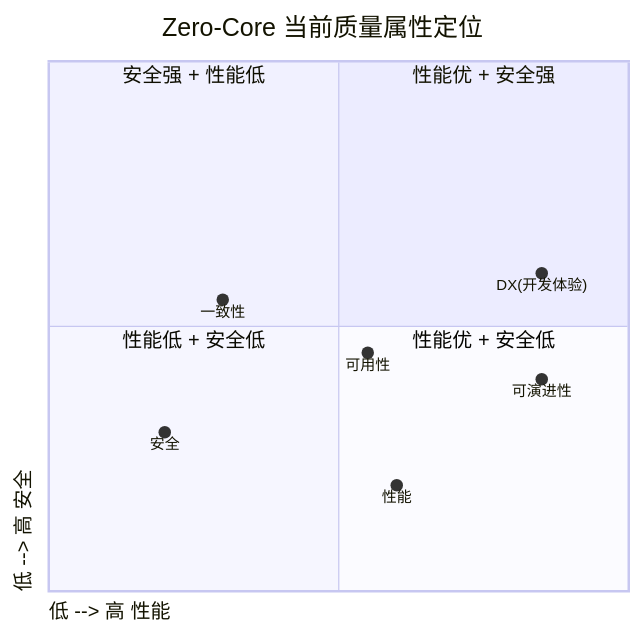
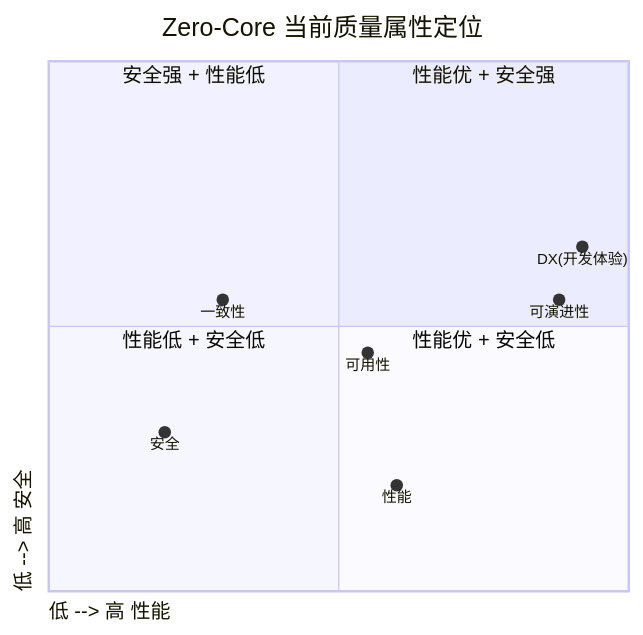
The second of 2 diagrams in docs/arch/11-quality-attributes.md (LanicBlue/zero-core), drawn with Mermaid before and after one commit. The commit also changed other lines of this file, not shown here.

````diff
--- a/docs/arch/11-quality-attributes.md
+++ b/docs/arch/11-quality-attributes.md
@@ -287,16 +304,16 @@
 ```mermaid
 quadrantChart
     title Zero-Core 当前质量属性定位
     x-axis "低 --> 高" 性能
     y-axis "低 --> 高" 安全
     quadrant-1 性能优 + 安全强
     quadrant-2 安全强 + 性能低
     quadrant-3 性能低 + 安全低
     quadrant-4 性能优 + 安全低
-    "可演进性": [0.85, 0.40]
+    "可演进性": [0.88, 0.55]
     "可用性":   [0.55, 0.45]
     "性能":     [0.60, 0.20]
     "安全":     [0.20, 0.30]
     "一致性":   [0.30, 0.55]
-    "DX(开发体验)": [0.85, 0.60]
+    "DX(开发体验)": [0.92, 0.65]
 ```
````
